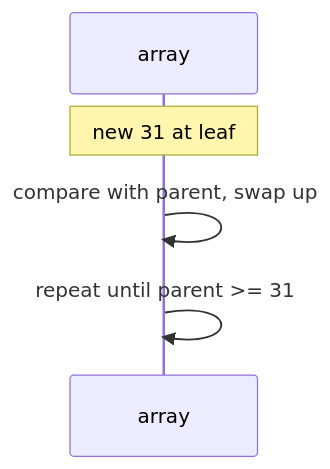
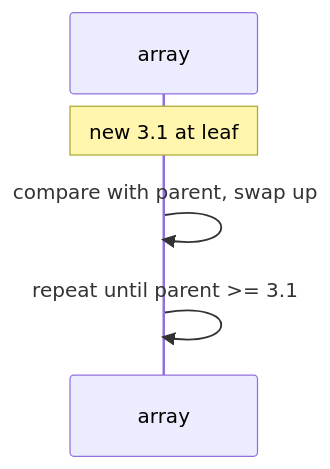
The fifth of 8 diagrams in docs/dsa/data-structures/max-heap/index.md (qgjones9/python-programming-guide), drawn with Mermaid before and after one commit. The commit also changed other lines of this file and 29 other files, not shown here.

````diff
--- a/docs/dsa/data-structures/max-heap/index.md
+++ b/docs/dsa/data-structures/max-heap/index.md
@@ -417,7 +411,7 @@
 ```mermaid
 sequenceDiagram
   participant A as array
-  Note over A: new 31 at leaf
+  Note over A: new 3.1 at leaf
   A->>A: compare with parent, swap up
-  A->>A: repeat until parent >= 31
+  A->>A: repeat until parent >= 3.1
 ```
````
